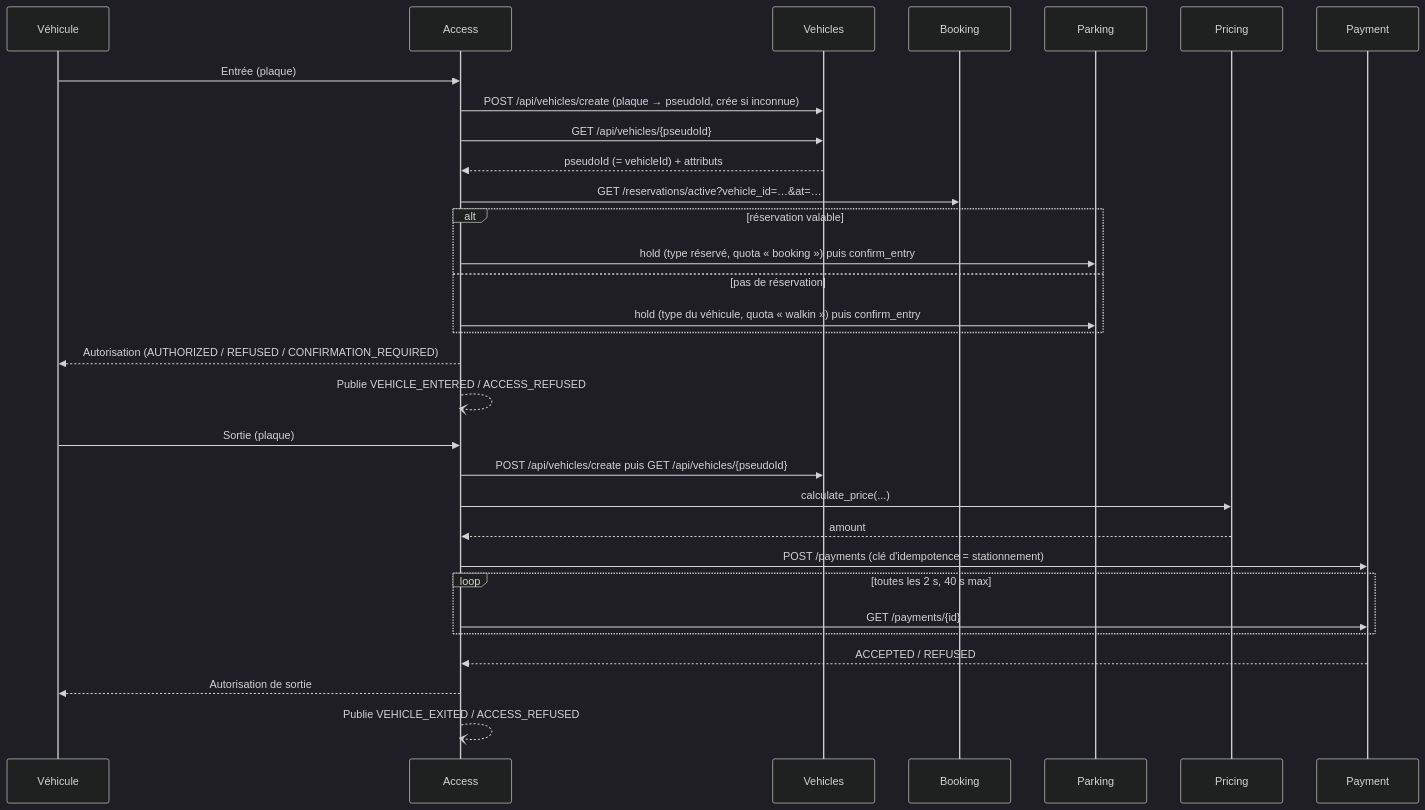
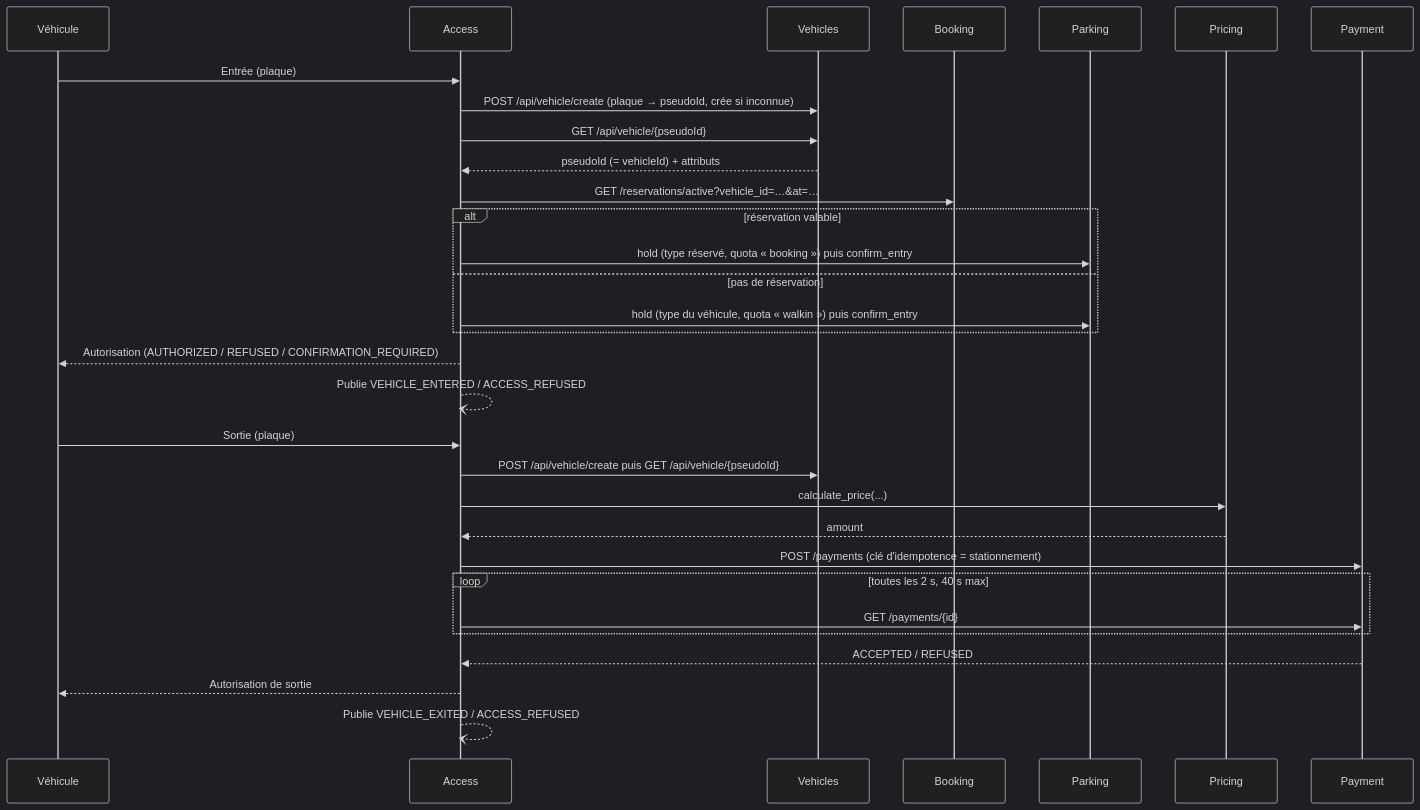
One commit to DenisDMU/access-parking changed the diagram in README.md. Above: the diagram before and after it, drawn with Mermaid (dark theme). The commit also changed other lines of this file and 4 other files, not shown here.

````diff
--- a/README.md
+++ b/README.md
@@ -128,35 +128,35 @@
 ```mermaid
 sequenceDiagram
     participant V as Véhicule
     participant A as Access
     participant Ve as Vehicles
     participant B as Booking
     participant P as Parking
     participant Pr as Pricing
     participant Pa as Payment
 
     V->>A: Entrée (plaque)
-    A->>Ve: POST /api/vehicles/create (plaque → pseudoId, crée si inconnue)
-    A->>Ve: GET /api/vehicles/{pseudoId}
+    A->>Ve: POST /api/vehicle/create (plaque → pseudoId, crée si inconnue)
+    A->>Ve: GET /api/vehicle/{pseudoId}
     Ve-->>A: pseudoId (= vehicleId) + attributs
     A->>B: GET /reservations/active?vehicle_id=…&at=…
     alt réservation valable
         A->>P: hold (type réservé, quota « booking ») puis confirm_entry
     else pas de réservation
         A->>P: hold (type du véhicule, quota « walkin ») puis confirm_entry
     end
     A-->>V: Autorisation (AUTHORIZED / REFUSED / CONFIRMATION_REQUIRED)
     A--)A: Publie VEHICLE_ENTERED / ACCESS_REFUSED
 
     V->>A: Sortie (plaque)
-    A->>Ve: POST /api/vehicles/create puis GET /api/vehicles/{pseudoId}
+    A->>Ve: POST /api/vehicle/create puis GET /api/vehicle/{pseudoId}
     A->>Pr: calculate_price(...)
     Pr-->>A: amount
     A->>Pa: POST /payments (clé d'idempotence = stationnement)
     loop toutes les 2 s, 40 s max
         A->>Pa: GET /payments/{id}
     end
     Pa-->>A: ACCEPTED / REFUSED
     A-->>V: Autorisation de sortie
     A--)A: Publie VEHICLE_EXITED / ACCESS_REFUSED
 ```
````
